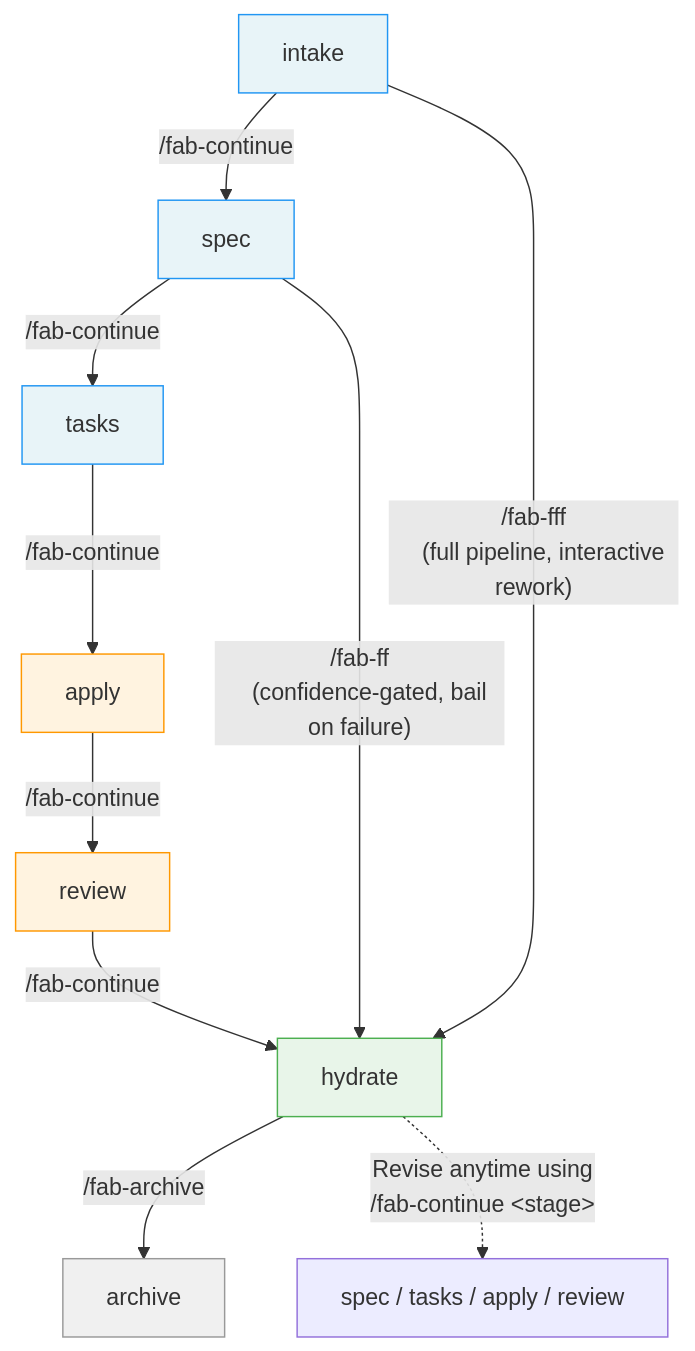
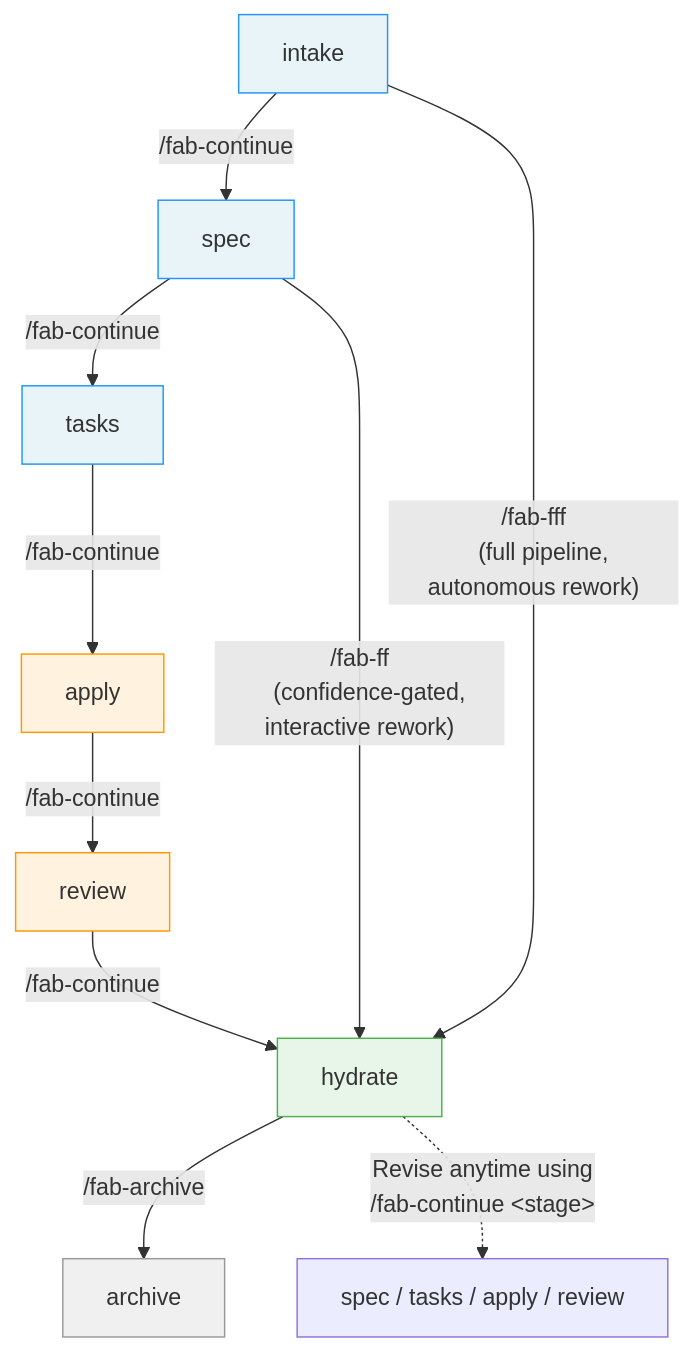
One commit to wvrdz/fab-kit changed the second of 5 diagrams in docs/specs/user-flow.md. Above: the diagram before and after it, drawn with Mermaid. The commit also changed other lines of this file and 11 other files, not shown here.

````diff
--- a/docs/specs/user-flow.md
+++ b/docs/specs/user-flow.md
@@ -38,30 +38,30 @@
 ```mermaid
 flowchart TD
     B[intake] -->|"/fab-continue"| S[spec]
     S -->|"/fab-continue"| T[tasks]
     T -->|"/fab-continue"| A[apply]
     A -->|"/fab-continue"| R[review]
     R -->|"/fab-continue"| H[hydrate]
 
     %% Post-pipeline housekeeping
     H -->|"/fab-archive"| AR[archive]
 
     %% Shortcuts (full pipeline, from spec onward)
     S -->|"/fab-ff
-    (confidence-gated, bail on failure)"| H
+    (confidence-gated, interactive rework)"| H
     B -->|"/fab-fff
-    (full pipeline, interactive rework)"| H
+    (full pipeline, autonomous rework)"| H
 
     %% Rework (reset to any earlier stage)
     H -.->|"Revise anytime using
     /fab-continue &lt;stage&gt;"| REWORK["spec / tasks / apply / review"]
 
     %% Styles
     style B fill:#e8f4f8,stroke:#2196F3
     style S fill:#e8f4f8,stroke:#2196F3
     style T fill:#e8f4f8,stroke:#2196F3
     style A fill:#fff3e0,stroke:#FF9800
     style R fill:#fff3e0,stroke:#FF9800
     style H fill:#e8f5e9,stroke:#4CAF50
     style AR fill:#f0f0f0,stroke:#999
 ```
````
